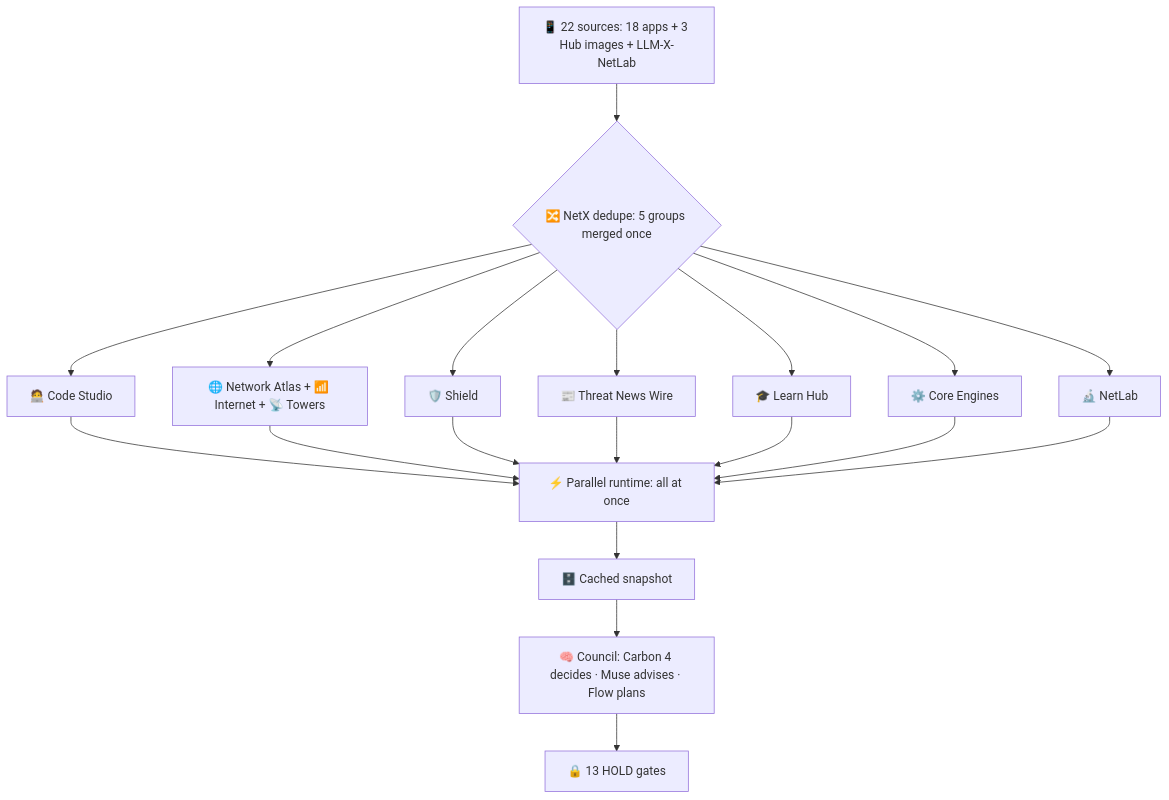
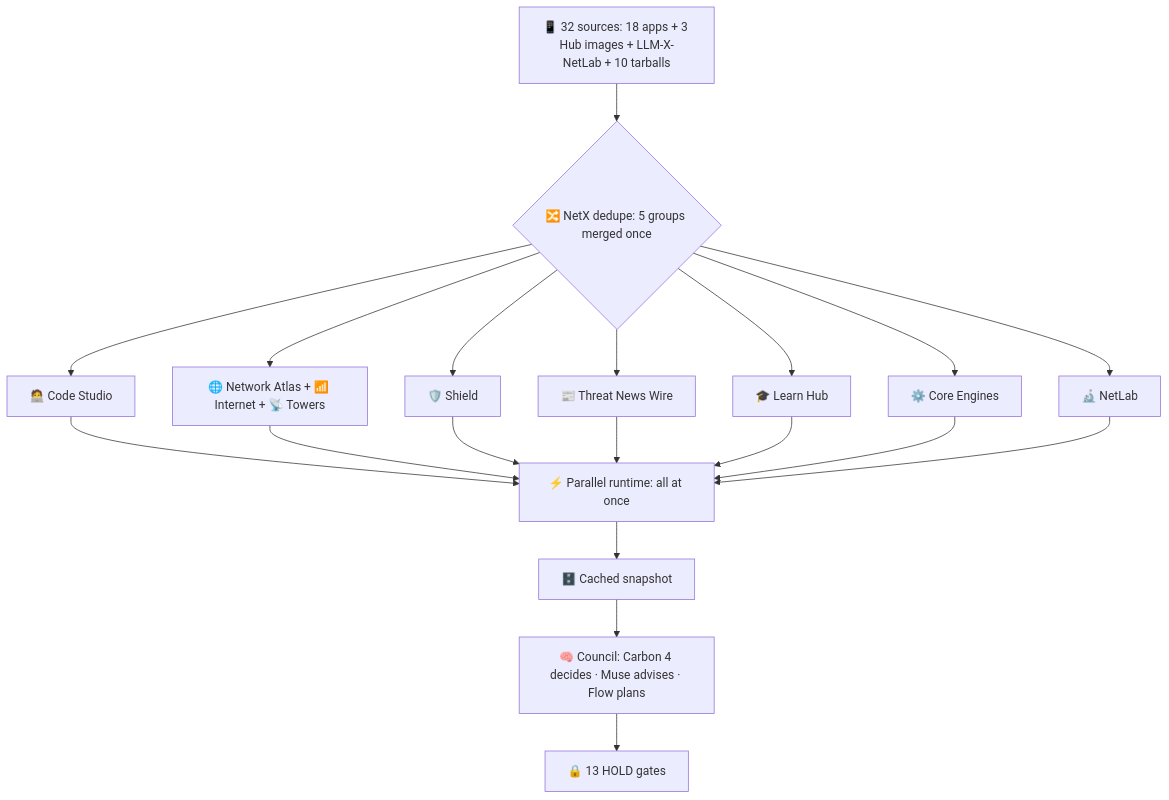
The first of 17 diagrams in README.md (kimanicollier44-cmyk/NetX), drawn with Mermaid before and after one commit. The commit also changed other lines of this file and 7 other files, not shown here.

Commit message:
NetX v1.3.0: 10 tarball package seats (32 sources, 15 gates) + pictures paired with mermaid flowcharts

````diff
--- a/README.md
+++ b/README.md
@@ -102,21 +102,21 @@
 ```mermaid
 flowchart TD
-    A[📱 22 sources: 18 apps + 3 Hub images + LLM-X-NetLab] --> B{🔀 NetX dedupe: 5 groups merged once}
+    A[📱 32 sources: 18 apps + 3 Hub images + LLM-X-NetLab + 10 tarballs] --> B{🔀 NetX dedupe: 5 groups merged once}
     B --> C[🧑‍💻 Code Studio]
     B --> D[🌐 Network Atlas + 📶 Internet + 📡 Towers]
     B --> E[🛡️ Shield]
     B --> F[📰 Threat News Wire]
     B --> G[🎓 Learn Hub]
     B --> H[⚙️ Core Engines]
     B --> I[🔬 NetLab]
     C --> J[⚡ Parallel runtime: all at once]
     D --> J
     E --> J
     F --> J
     G --> J
     H --> J
     I --> J
     J --> K[🗄️ Cached snapshot]
     K --> L[🧠 Council: Carbon 4 decides · Muse advises · Flow plans]
     L --> M[🔒 13 HOLD gates]
 ```
````
